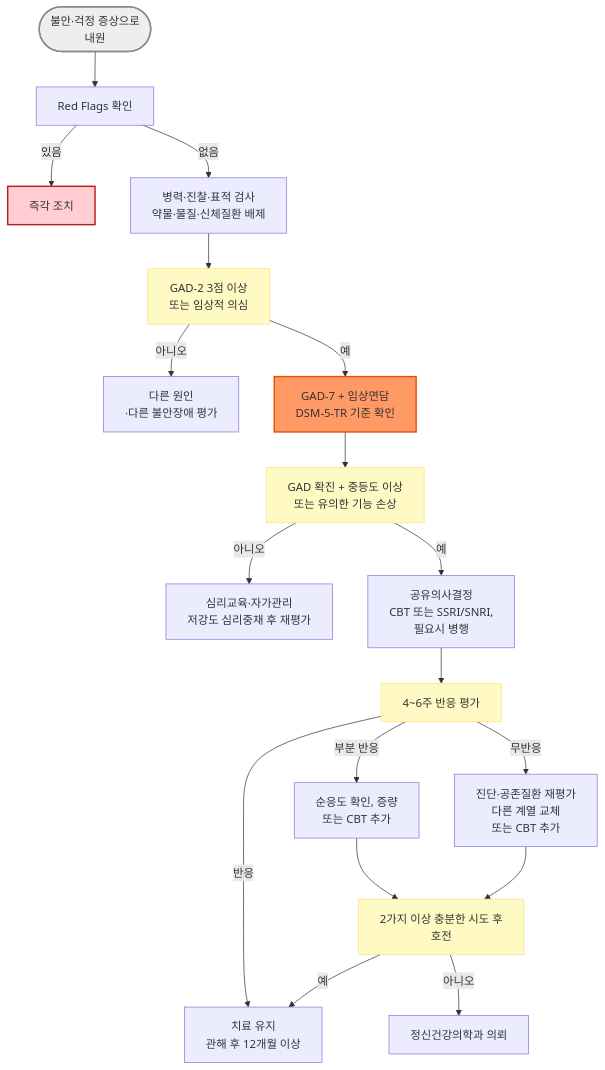
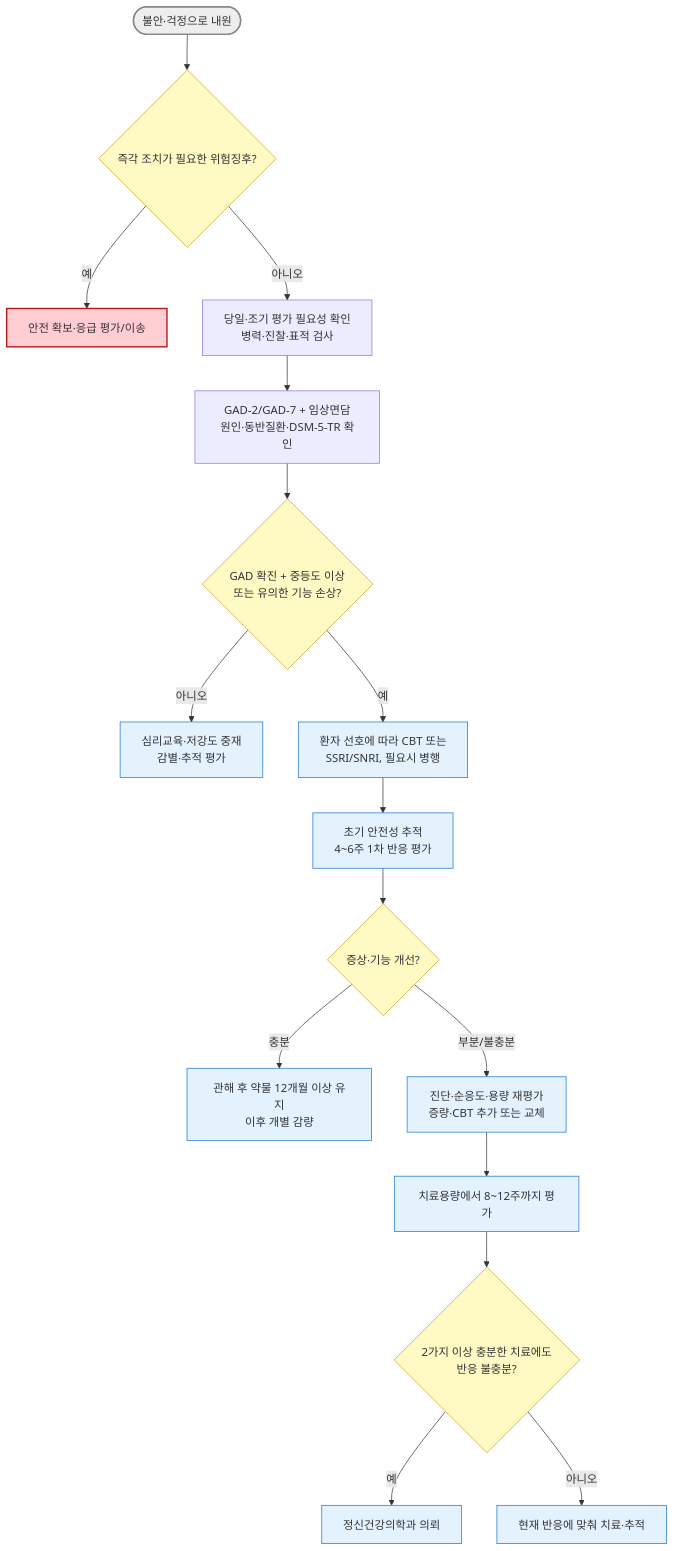
The diagram in 221_/025_-anxiety-disorder.md (familyoh77/familyoh77), drawn with Mermaid before and after one commit. The commit also changed other lines of this file and 9 other files, not shown here.

````diff
--- a/221_/025_-anxiety-disorder.md
+++ b/221_/025_-anxiety-disorder.md
@@ -202,27 +206,26 @@
 ```mermaid
-graph TD
-    Start(["불안·걱정 증상으로 <br>내원"]) --> RF["Red Flags 확인"]
-    RF -->|"있음"| ER["즉각 조치"]
-    RF -->|"없음"| Eval["병력·진찰·표적 검사<br>약물·물질·신체질환 배제"]
-    Eval --> Q1["GAD-2 3점 이상 <br>또는 임상적 의심"]
-    Q1 -->|"아니오"| Other["다른 원인<br>·다른 불안장애 평가"]
-    Q1 -->|"예"| Dx["GAD-7 + 임상면담<br>DSM-5-TR 기준 확인"]
-    Dx --> Q2["GAD 확진 + 중등도 이상<br>또는 유의한 기능 손상"]
-    Q2 -->|"아니오"| Low["심리교육·자가관리<br>저강도 심리중재 후 재평가"]
-    Q2 -->|"예"| Tx["공유의사결정<br>CBT 또는 SSRI/SNRI, <br>필요시 병행"]
-    Tx --> Q3["4~6주 반응 평가"]
-    Q3 -->|"반응"| Keep["치료 유지<br>관해 후 12개월 이상"]
-    Q3 -->|"부분 반응"| Opt["순응도 확인, 증량<br>또는 CBT 추가"]
-    Q3 -->|"무반응"| Sw["진단·공존질환 재평가<br>다른 계열 교체 <br>또는 CBT 추가"]
-    Opt --> Q4["2가지 이상 충분한 시도 후 <br>호전"]
-    Sw --> Q4
-    Q4 -->|"아니오"| Ref["정신건강의학과 의뢰"]
-    Q4 -->|"예"| Keep
-    style Start fill:#eeeeee,stroke:#888888,stroke-width:2px
-    style Dx fill:#f96,stroke:#e65100,stroke-width:2px
-    style Q1 fill:#fff9c4,stroke:#ffe082
-    style Q2 fill:#fff9c4,stroke:#ffe082
-    style Q3 fill:#fff9c4,stroke:#ffe082
-    style Q4 fill:#fff9c4,stroke:#ffe082
-    style ER fill:#ffcdd2,stroke:#b71c1c,stroke-width:2px
+flowchart TD
+    Start(["불안·걱정으로 내원"]) --> RF{"즉각 조치가 필요한 위험징후?"}
+    RF -- "예" --> ER["안전 확보·응급 평가/이송"]
+    RF -- "아니오" --> Eval["당일·조기 평가 필요성 확인<br/>병력·진찰·표적 검사"]
+    Eval --> Dx["GAD-2/GAD-7 + 임상면담<br/>원인·동반질환·DSM-5-TR 확인"]
+    Dx --> Q{"GAD 확진 + 중등도 이상<br/>또는 유의한 기능 손상?"}
+    Q -- "아니오" --> Low["심리교육·저강도 중재<br/>감별·추적 평가"]
+    Q -- "예" --> Tx["환자 선호에 따라 CBT 또는<br/>SSRI/SNRI, 필요시 병행"]
+    Tx --> Review["초기 안전성 추적<br/>4~6주 1차 반응 평가"]
+    Review --> R{"증상·기능 개선?"}
+    R -- "충분" --> Keep["관해 후 약물 12개월 이상 유지<br/>이후 개별 감량"]
+    R -- "부분/불충분" --> Opt["진단·순응도·용량 재평가<br/>증량·CBT 추가 또는 교체"]
+    Opt --> Trial["치료용량에서 8~12주까지 평가"]
+    Trial --> Resist{"2가지 이상 충분한 치료에도<br/>반응 불충분?"}
+    Resist -- "예" --> Ref["정신건강의학과 의뢰"]
+    Resist -- "아니오" --> Plan["현재 반응에 맞춰 치료·추적"]
+    classDef start fill:#eee,stroke:#888,stroke-width:2px
+    classDef decision fill:#fff9c4,stroke:#c9a227,stroke-width:1px
+    classDef emergency fill:#ffcdd2,stroke:#b71c1c,stroke-width:2px
+    classDef treatment fill:#e3f2fd,stroke:#1976d2,stroke-width:1px
+    class Start start
+    class RF,Q,R,Resist decision
+    class ER emergency
+    class Low,Tx,Review,Keep,Opt,Trial,Ref,Plan treatment
 ```
````
